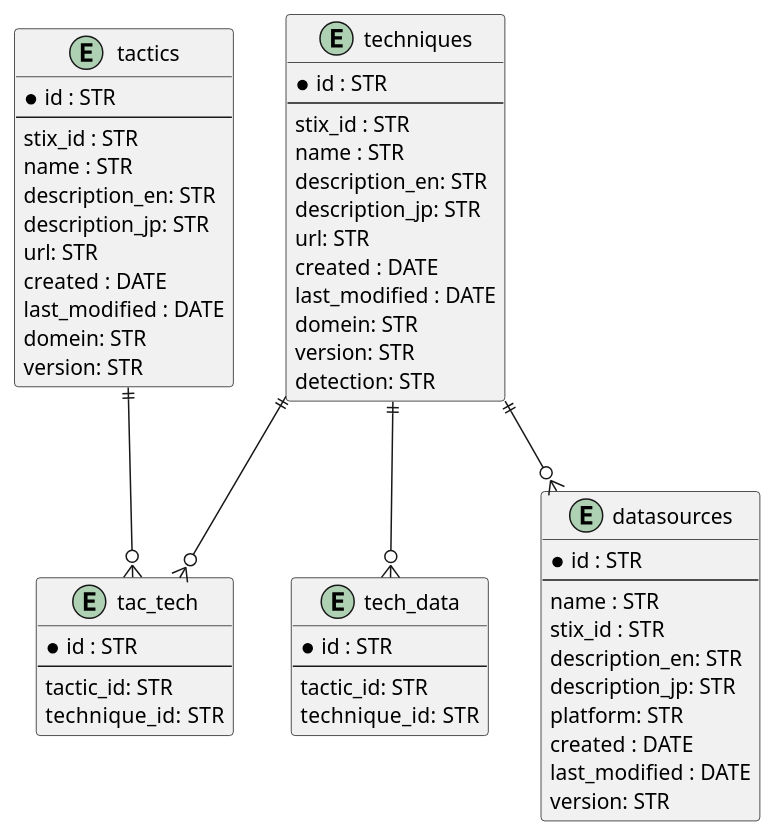
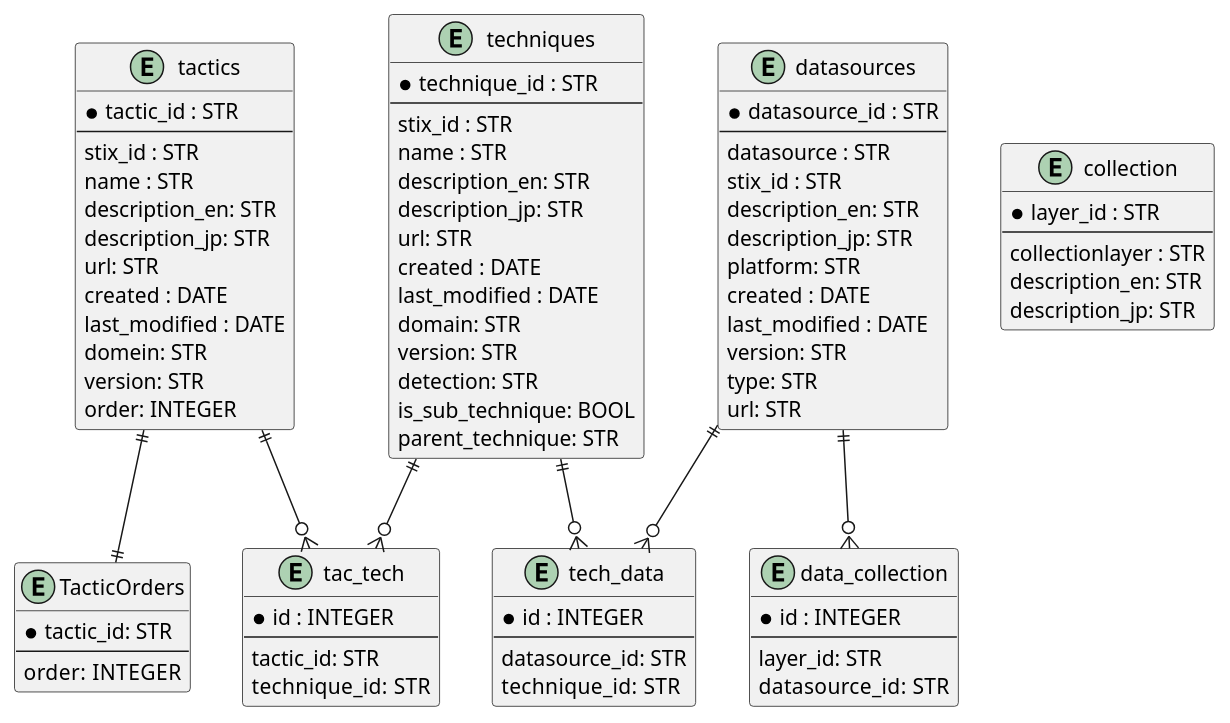
Before and after one commit to RyuichiHashimoto/attack-db: the diagram in uml/ER.puml, drawn with PlantUML.

Commit message:
add ER figures

```diff
--- a/uml/ER.puml
+++ b/uml/ER.puml
@@ -1,68 +1,97 @@
 @startuml
 
 entity tactics {
-  * id : STR
+  * tactic_id : STR
   ---
   stix_id : STR
   name : STR
   description_en: STR
   description_jp: STR
   url: STR
   created : DATE
   last_modified : DATE
   domein: STR
   version: STR
+  order: INTEGER
 }
 
+entity TacticOrders {
+  * tactic_id: STR
+  ---
+  order:  INTEGER
+}
+
+
 entity tac_tech {
-  * id : STR
+  * id : INTEGER
   ---
   tactic_id: STR
   technique_id:  STR
 }
 
 entity techniques {
-  * id : STR
+  * technique_id : STR
   ---
   stix_id : STR
   name : STR
   description_en: STR
   description_jp: STR
   url: STR
   created : DATE
   last_modified : DATE
-  domein: STR
+  domain: STR
   version: STR
   detection: STR
-  ' is_sub_technique: BOOL
-  ' parent_technique:
+  is_sub_technique: BOOL
+  parent_technique: STR
 }
 
 entity tech_data {
-  * id : STR
+  * id : INTEGER
   ---
-  tactic_id: STR
+  datasource_id: STR
   technique_id:  STR
 }
 
 entity datasources {
-  * id : STR
+  * datasource_id : STR
   ---
-  name : STR
+  datasource : STR
   stix_id : STR
   description_en: STR
   description_jp: STR
   platform: STR
   created : DATE
   last_modified : DATE
   version: STR
+  type: STR
+  url: STR
 }
 
+entity collection {
+  * layer_id : STR
+  ---
+  collectionlayer : STR
+  description_en: STR
+  description_jp: STR
+}
+
+entity data_collection {
+  * id : INTEGER
+  ---
+  layer_id: STR
+  datasource_id:  STR
+}
+
+tactics ||--o{ tac_tech
+tactics ||--|| TacticOrders
+
 techniques ||--o{ tac_tech
-tactics ||--o{ tac_tech
 techniques ||--o{ tech_data
-techniques ||--o{ datasources
+datasources ||--o{ tech_data
+
+datasources ||--o{ data_collection
 
 ' techniques || 
 
 @enduml
```
